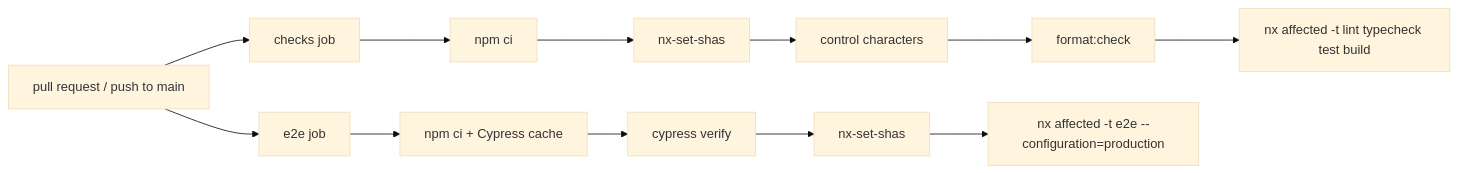
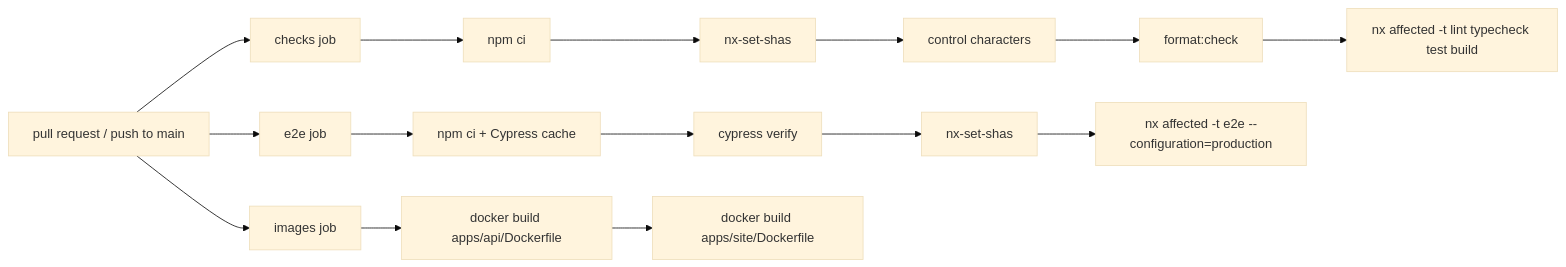
The first of 2 diagrams in docs/deployment/ci-cd.md (vadimkosenkov/angular-ionic-nx-mf-world-quiz), drawn with Mermaid (base theme) before and after one commit. The commit also changed other lines of this file and 23 other files, not shown here.

````diff
--- a/docs/deployment/ci-cd.md
+++ b/docs/deployment/ci-cd.md
@@ -8,7 +8,9 @@
 ```mermaid
 flowchart LR
   PR[pull request / push to main] --> A[checks job]
   PR --> B[e2e job]
+  PR --> C[images job]
   A --> A1[npm ci] --> A2[nx-set-shas] --> A2b[control characters] --> A3[format:check] --> A4["nx affected -t lint typecheck test build"]
   B --> B1[npm ci + Cypress cache] --> B2[cypress verify] --> B3[nx-set-shas] --> B4["nx affected -t e2e --configuration=production"]
+  C --> C1["docker build apps/api/Dockerfile"] --> C2["docker build apps/site/Dockerfile"]
 ```
````
